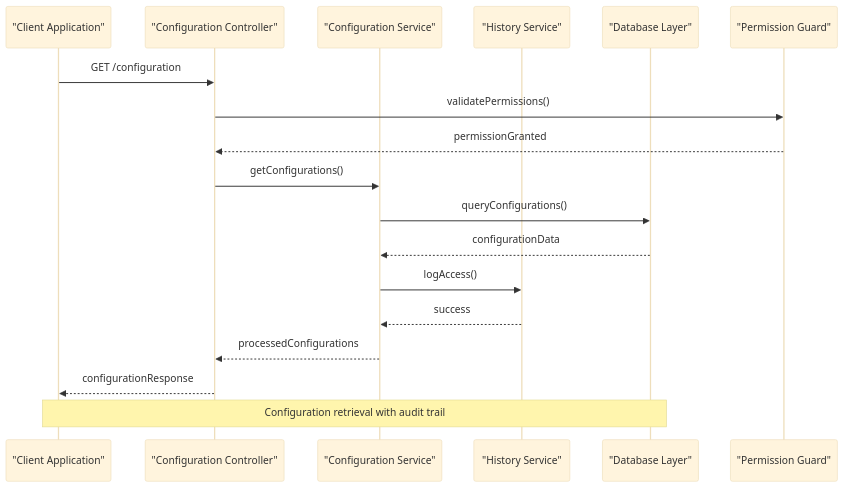
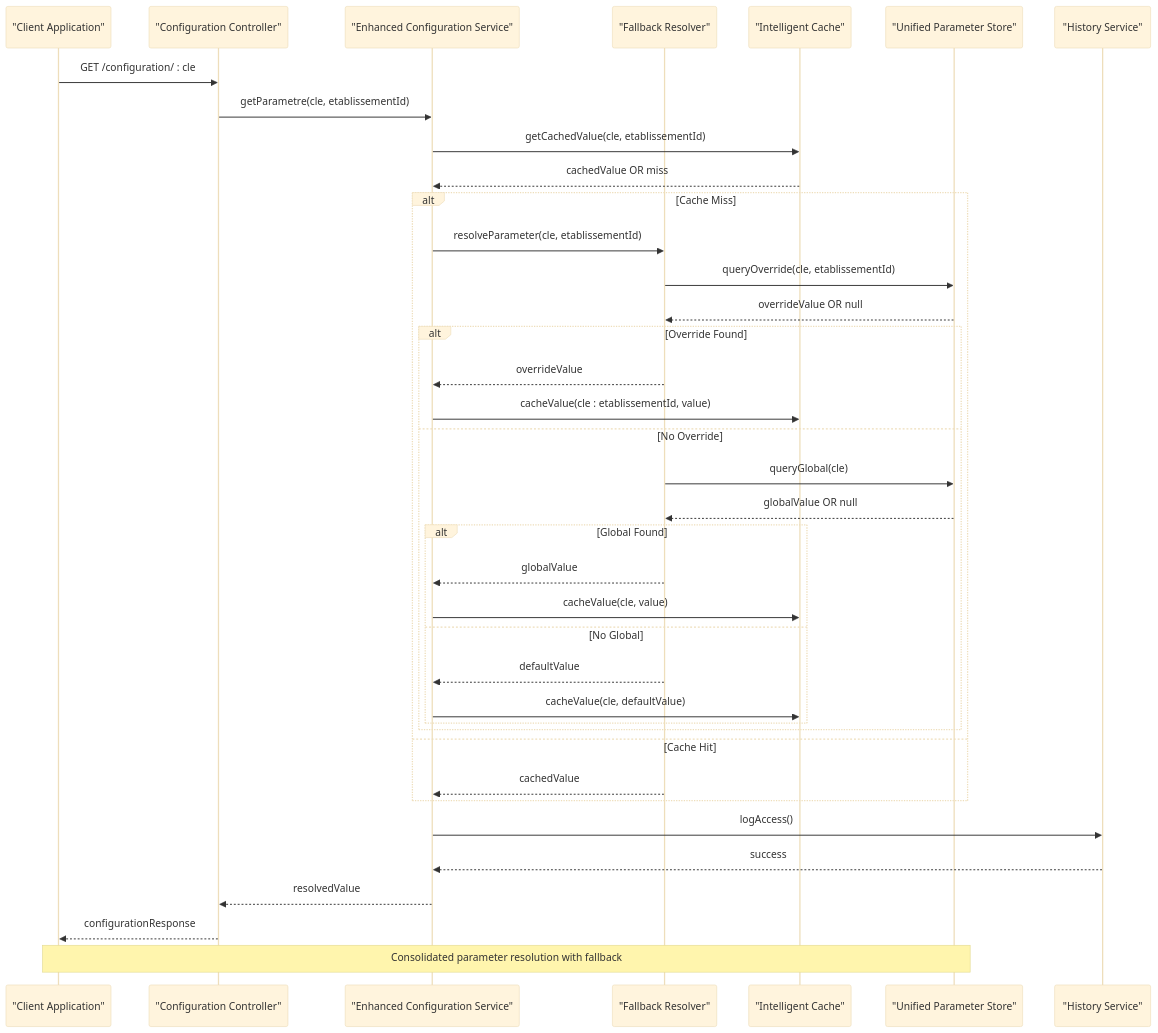
Before and after one commit to franckylab/eLISAschool: the second of 6 diagrams in .qoder/repowiki/en/content/Getting Started/Complete Configuration Coverage.md, drawn with Mermaid (base theme). The commit also changed other lines of this file and 281 other files, not shown here.

````diff
--- a/.qoder/repowiki/en/content/Getting Started/Complete Configuration Coverage.md
+++ b/.qoder/repowiki/en/content/Getting Started/Complete Configuration Coverage.md
@@ -119,20 +149,40 @@
 ```mermaid
 sequenceDiagram
 participant Client as "Client Application"
 participant Controller as "Configuration Controller"
-participant Service as "Configuration Service"
+participant Service as "Enhanced Configuration Service"
+participant Fallback as "Fallback Resolver"
+participant Cache as "Intelligent Cache"
+participant DB as "Unified Parameter Store"
 participant History as "History Service"
-participant DB as "Database Layer"
-participant Guard as "Permission Guard"
-Client->>Controller : GET /configuration
-Controller->>Guard : validatePermissions()
-Guard-->>Controller : permissionGranted
-Controller->>Service : getConfigurations()
-Service->>DB : queryConfigurations()
-DB-->>Service : configurationData
+Client->>Controller : GET /configuration/ : cle
+Controller->>Service : getParametre(cle, etablissementId)
+Service->>Cache : getCachedValue(cle, etablissementId)
+Cache-->>Service : cachedValue OR miss
+alt Cache Miss
+Service->>Fallback : resolveParameter(cle, etablissementId)
+Fallback->>DB : queryOverride(cle, etablissementId)
+DB-->>Fallback : overrideValue OR null
+alt Override Found
+Fallback-->>Service : overrideValue
+Service->>Cache : cacheValue(cle : etablissementId, value)
+else No Override
+Fallback->>DB : queryGlobal(cle)
+DB-->>Fallback : globalValue OR null
+alt Global Found
+Fallback-->>Service : globalValue
+Service->>Cache : cacheValue(cle, value)
+else No Global
+Fallback-->>Service : defaultValue
+Service->>Cache : cacheValue(cle, defaultValue)
+end
+end
+else Cache Hit
+Fallback-->>Service : cachedValue
+end
 Service->>History : logAccess()
 History-->>Service : success
-Service-->>Controller : processedConfigurations
+Service-->>Controller : resolvedValue
 Controller-->>Client : configurationResponse
-Note over Client,DB : Configuration retrieval with audit trail
+Note over Client,DB : Consolidated parameter resolution with fallback
 ```
````
